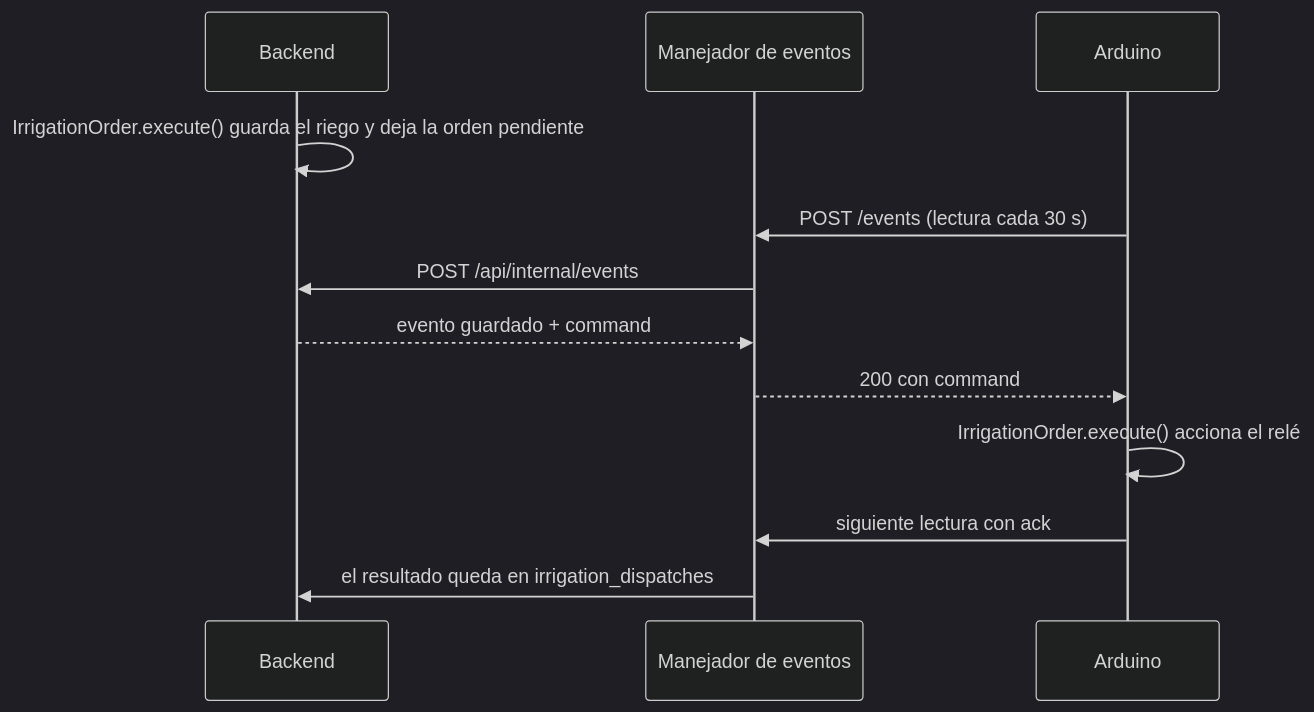
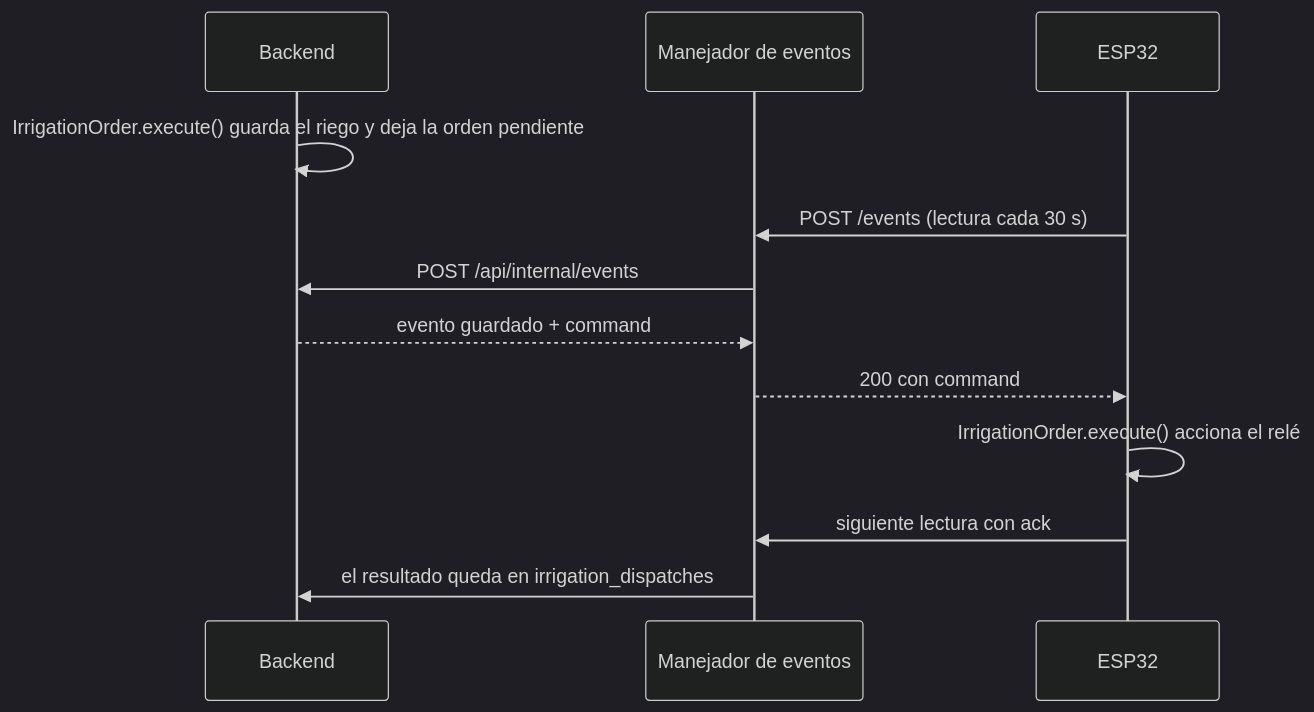
The eighth of 11 diagrams in docs/PATRONES.md (WilliamChavez-Grupo2b/BACKEND-AGROSENSE), drawn with Mermaid (dark theme) before and after one commit. The commit also changed other lines of this file and 13 other files, not shown here.

````diff
--- a/docs/PATRONES.md
+++ b/docs/PATRONES.md
@@ -359,14 +360,14 @@
 ```mermaid
 sequenceDiagram
     participant B as Backend
     participant E as Manejador de eventos
-    participant A as Arduino
+    participant A as ESP32
     B->>B: IrrigationOrder.execute() guarda el riego y deja la orden pendiente
     A->>E: POST /events (lectura cada 30 s)
     E->>B: POST /api/internal/events
     B-->>E: evento guardado + command
     E-->>A: 200 con command
     A->>A: IrrigationOrder.execute() acciona el relé
     A->>E: siguiente lectura con ack
     E->>B: el resultado queda en irrigation_dispatches
 ```
````
